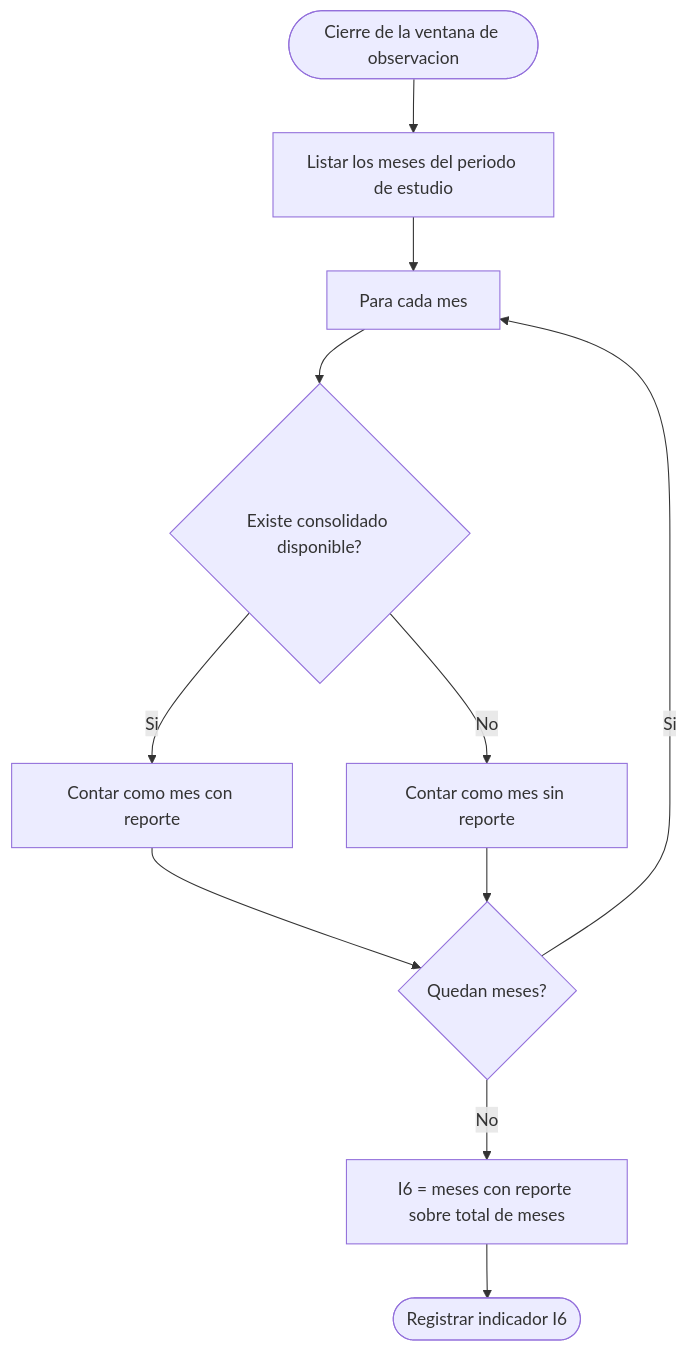
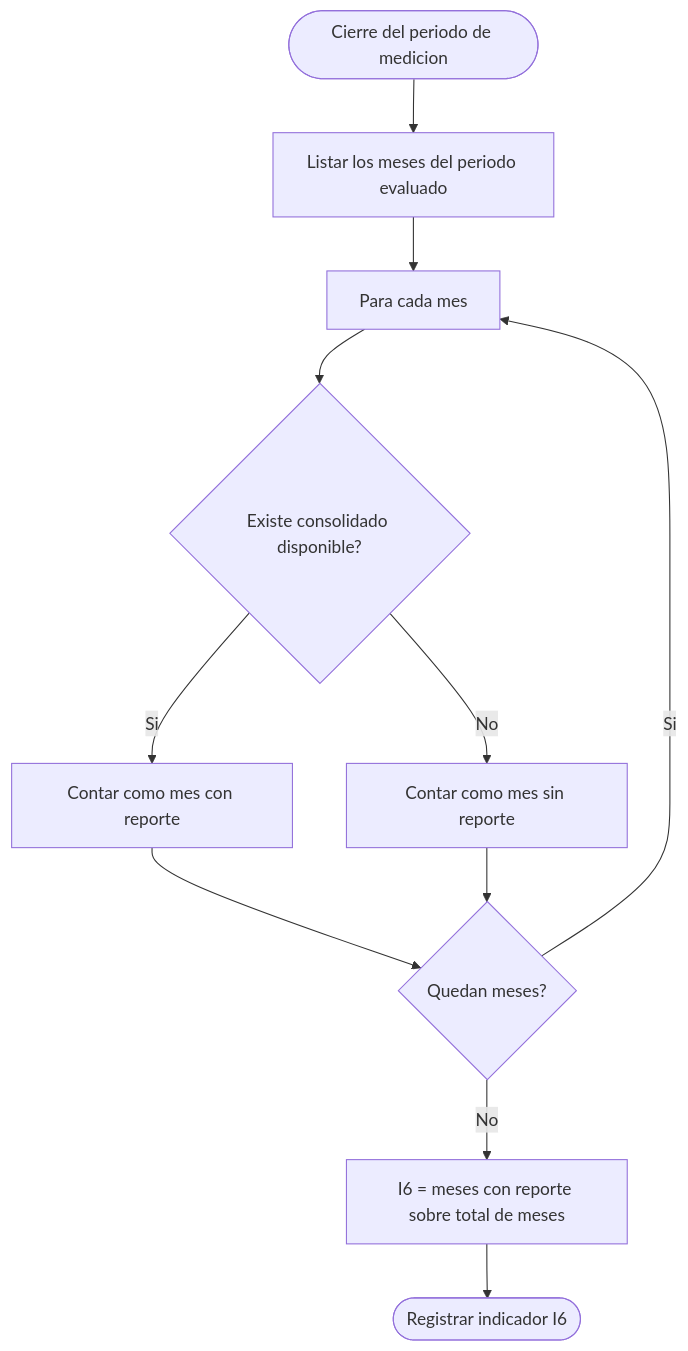
The third of 3 diagrams in docs/modulos/M06-consolidados-reportes/diagramas/actividades.md (adlerOmonte1/LogisticaMinera), drawn with Mermaid before and after one commit. The commit also changed other lines of this file and 43 other files, not shown here.

````diff
--- a/docs/modulos/M06-consolidados-reportes/diagramas/actividades.md
+++ b/docs/modulos/M06-consolidados-reportes/diagramas/actividades.md
@@ -49,13 +49,13 @@
 ```mermaid
 flowchart TD
-    Start([Cierre de la ventana de observacion]) --> L1[Listar los meses del periodo de estudio]
+    Start([Cierre del periodo de medicion]) --> L1[Listar los meses del periodo evaluado]
     L1 --> P1[Para cada mes]
     P1 --> V1{Existe consolidado disponible?}
     V1 -->|Si| C1[Contar como mes con reporte]
     V1 -->|No| C2[Contar como mes sin reporte]
     C1 --> D1{Quedan meses?}
     C2 --> D1
     D1 -->|Si| P1
     D1 -->|No| R1[I6 = meses con reporte sobre total de meses]
     R1 --> Fin([Registrar indicador I6])
 ```
````
